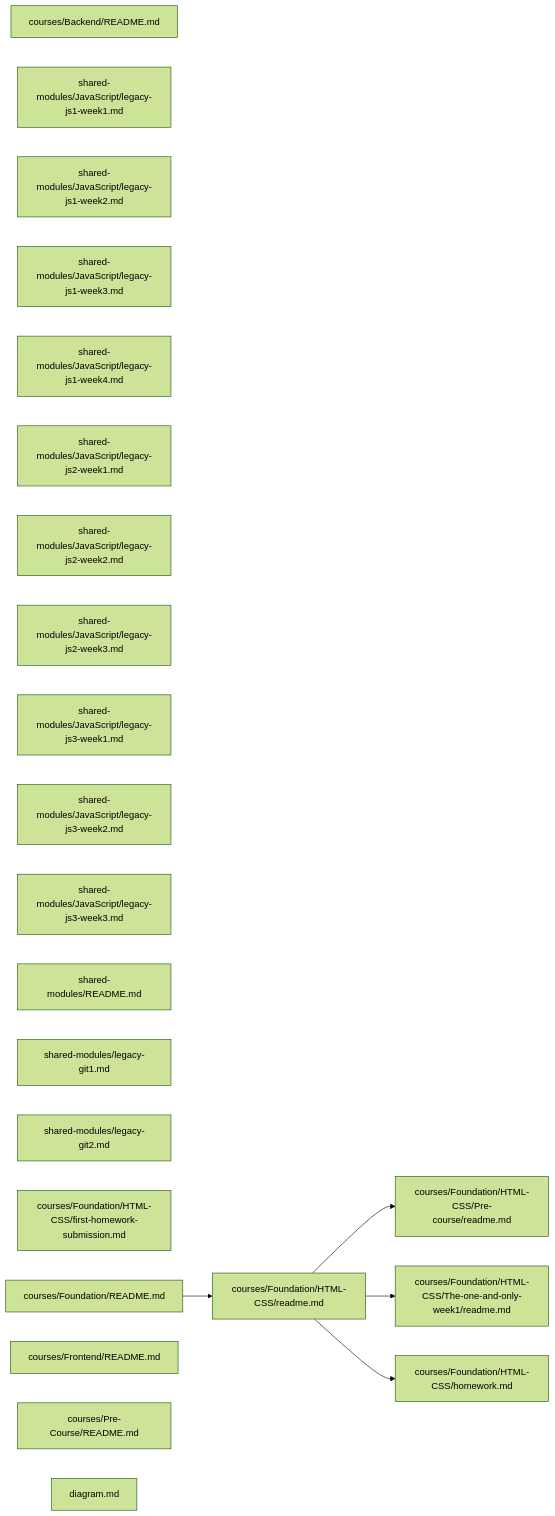
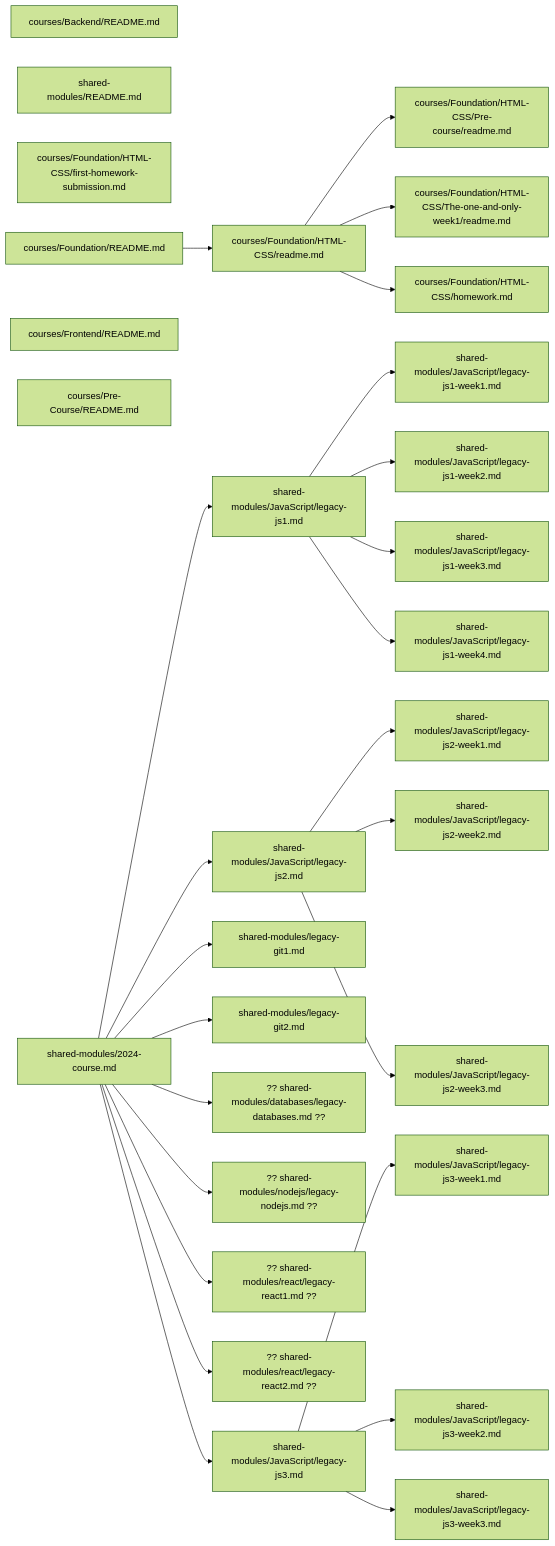
One commit to HackYourFuture-CPH/programme changed the diagram in diagram.md. Above: the diagram before and after it, drawn with Mermaid (forest theme). The commit also changed other lines of this file and 17 other files, not shown here.

````diff
--- a/diagram.md
+++ b/diagram.md
@@ -1,30 +3,56 @@
 ```mermaid
 graph LR;
   id0["courses/Backend/README.md"]
   id10["shared-modules/JavaScript/legacy-js1-week1.md"]
   id11["shared-modules/JavaScript/legacy-js1-week2.md"]
   id12["shared-modules/JavaScript/legacy-js1-week3.md"]
   id13["shared-modules/JavaScript/legacy-js1-week4.md"]
-  id14["shared-modules/JavaScript/legacy-js2-week1.md"]
-  id15["shared-modules/JavaScript/legacy-js2-week2.md"]
-  id16["shared-modules/JavaScript/legacy-js2-week3.md"]
-  id17["shared-modules/JavaScript/legacy-js3-week1.md"]
-  id18["shared-modules/JavaScript/legacy-js3-week2.md"]
-  id19["shared-modules/JavaScript/legacy-js3-week3.md"]
+  id14["shared-modules/JavaScript/legacy-js1.md"]
+  id15["shared-modules/JavaScript/legacy-js2-week1.md"]
+  id16["shared-modules/JavaScript/legacy-js2-week2.md"]
+  id17["shared-modules/JavaScript/legacy-js2-week3.md"]
+  id18["shared-modules/JavaScript/legacy-js2.md"]
+  id19["shared-modules/JavaScript/legacy-js3-week1.md"]
   id1["courses/Foundation/HTML-CSS/Pre-course/readme.md"]
-  id20["shared-modules/README.md"]
-  id21["shared-modules/legacy-git1.md"]
-  id22["shared-modules/legacy-git2.md"]
+  id20["shared-modules/JavaScript/legacy-js3-week2.md"]
+  id21["shared-modules/JavaScript/legacy-js3-week3.md"]
+  id22["shared-modules/JavaScript/legacy-js3.md"]
+  id23["shared-modules/README.md"]
+  id24["shared-modules/legacy-git1.md"]
+  id25["shared-modules/legacy-git2.md"]
+  id27["?? shared-modules/databases/legacy-databases.md ??"]
+  id28["?? shared-modules/nodejs/legacy-nodejs.md ??"]
+  id29["?? shared-modules/react/legacy-react1.md ??"]
   id2["courses/Foundation/HTML-CSS/The-one-and-only-week1/readme.md"]
+  id30["?? shared-modules/react/legacy-react2.md ??"]
   id3["courses/Foundation/HTML-CSS/first-homework-submission.md"]
   id4["courses/Foundation/HTML-CSS/homework.md"]
   id5["courses/Foundation/HTML-CSS/readme.md"]
   id6["courses/Foundation/README.md"]
   id7["courses/Frontend/README.md"]
   id8["courses/Pre-Course/README.md"]
-  id9["diagram.md"]
+  id9["shared-modules/2024-course.md"]
+  id14-->id10
+  id14-->id11
+  id14-->id12
+  id14-->id13
+  id18-->id15
+  id18-->id16
+  id18-->id17
+  id22-->id19
+  id22-->id20
+  id22-->id21
   id5-->id1
   id5-->id2
   id5-->id4
   id6-->id5
+  id9-->id14
+  id9-->id18
+  id9-->id22
+  id9-->id24
+  id9-->id25
+  id9-->id27
+  id9-->id28
+  id9-->id29
+  id9-->id30
 ```
````
